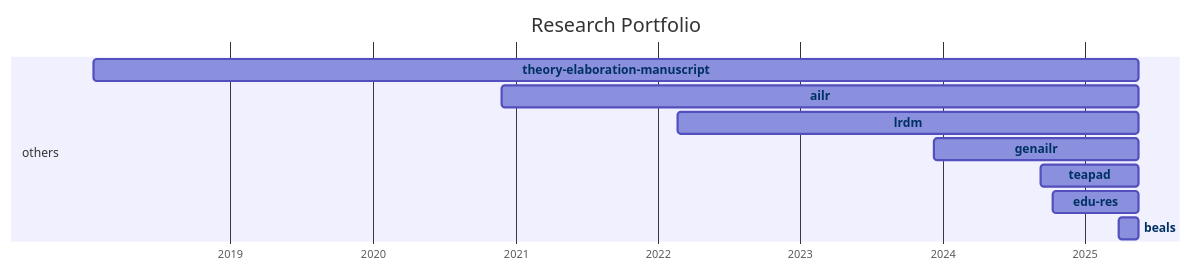
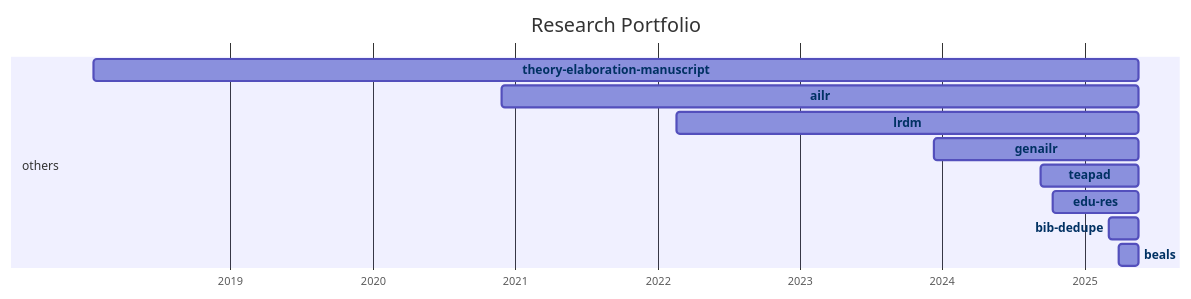
One commit to digital-work-lab/handbook changed the diagram in docs/20-research/25-projects-gantt.md. Above: the diagram before and after it, drawn with Mermaid. The commit also changed 1 other file, not shown here.

Commit message:
Update repository overview

````diff
--- a/docs/20-research/25-projects-gantt.md
+++ b/docs/20-research/25-projects-gantt.md
@@ -8,33 +8,35 @@
 ```mermaid
 ---
 displayMode: compact
 ---
 gantt
 title Research Portfolio
 dateFormat YYYY-MM-DD
 axisFormat %Y
 
     section work_practices
 
     section distributed_organizing
 
     section knowledge_synthesis
 
     section others
-        beals :beals, 2025-03-28, 2025-05-18
-        edu-res :edu-res, 2024-10-10, 2025-05-18
-        teapad :teapad, 2024-09-10, 2025-05-18
-        genailr :genailr, 2023-12-10, 2025-05-18
-        lrdm :lrdm, 2022-02-20, 2025-05-18
-        ailr :ailr, 2020-11-26, 2025-05-18
-        theory-elaboration-manuscript :theory-elaboration-manuscript, 2018-01-15, 2025-05-18
+        beals :beals, 2025-03-28, 2025-05-19
+        bib-dedupe :bib-dedupe, 2025-03-04, 2025-05-19
+        edu-res :edu-res, 2024-10-10, 2025-05-19
+        teapad :teapad, 2024-09-10, 2025-05-19
+        genailr :genailr, 2023-12-10, 2025-05-19
+        lrdm :lrdm, 2022-02-20, 2025-05-19
+        ailr :ailr, 2020-11-26, 2025-05-19
+        theory-elaboration-manuscript :theory-elaboration-manuscript, 2018-01-15, 2025-05-19
 
 
     click beals href "{{ site.baseurl }}/docs/20-research/25-projects/_repos/beals"
+    click bib-dedupe href "{{ site.baseurl }}/docs/20-research/25-projects/_repos/bib-dedupe"
     click edu-res href "{{ site.baseurl }}/docs/20-research/25-projects/_repos/edu-res"
     click teapad href "{{ site.baseurl }}/docs/20-research/25-projects/_repos/teapad"
     click genailr href "{{ site.baseurl }}/docs/20-research/25-projects/_repos/genailr"
     click lrdm href "{{ site.baseurl }}/docs/20-research/25-projects/_repos/lrdm"
     click ailr href "{{ site.baseurl }}/docs/20-research/25-projects/_repos/ailr"
     click theory-elaboration-manuscript href "{{ site.baseurl }}/docs/20-research/25-projects/_repos/theory-elaboration-manuscript"
 ```
````
